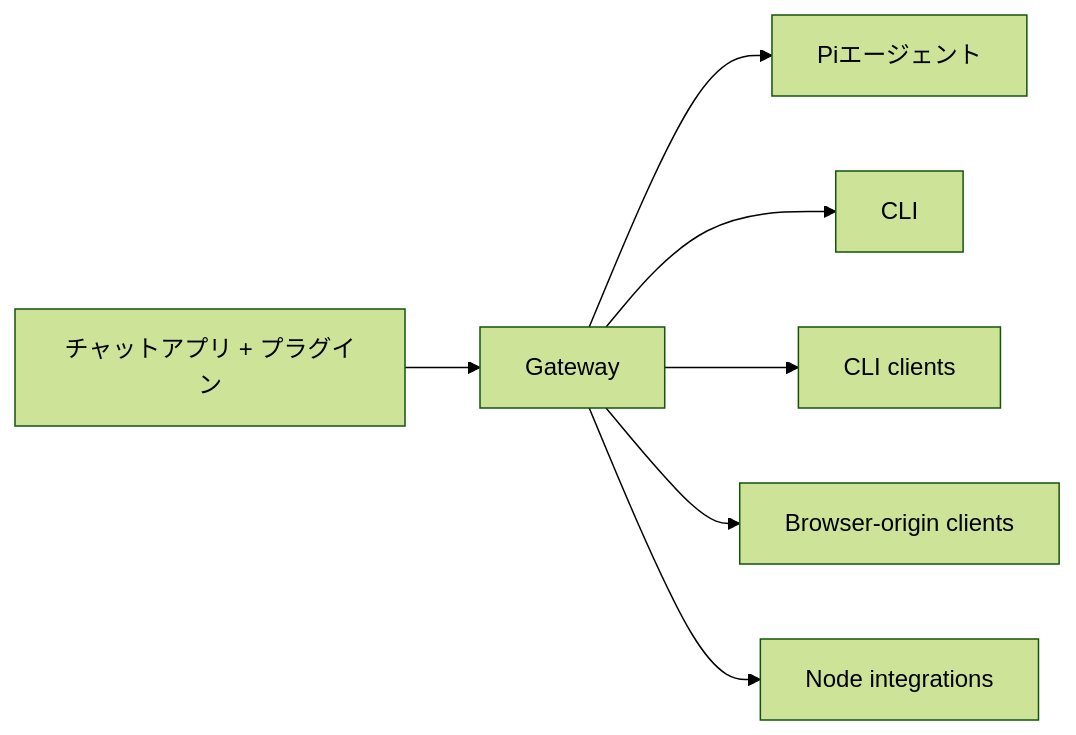
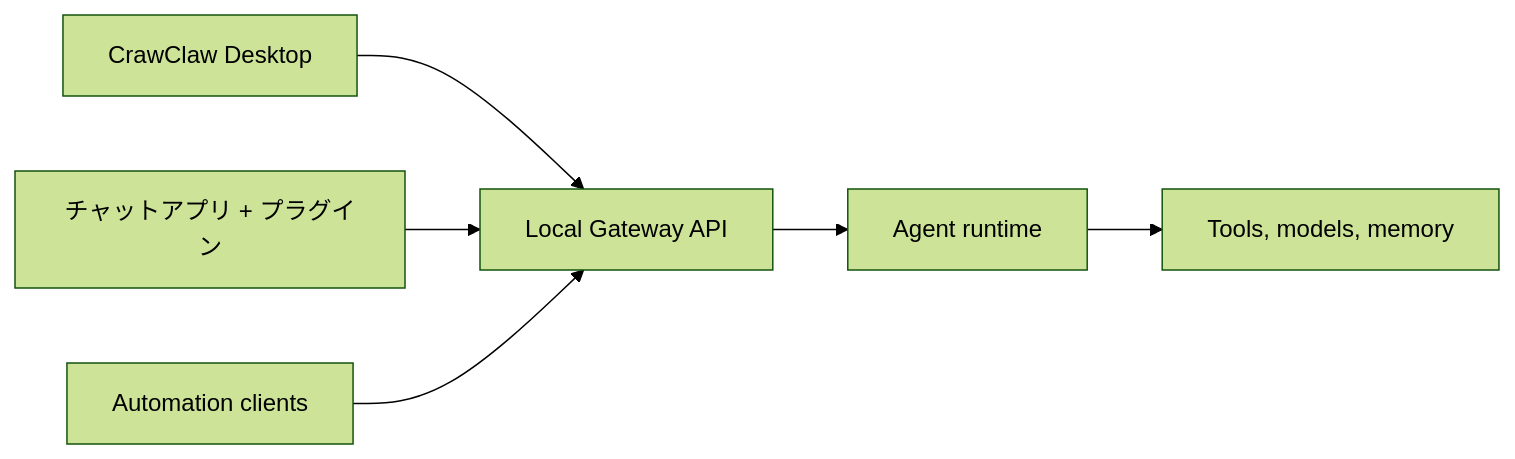
Before and after one commit to qianleigood/crawclaw: the diagram in docs/ja-JP/index.md, drawn with Mermaid (forest theme). The commit also changed other lines of this file and 230 other files, not shown here.

````diff
--- a/docs/ja-JP/index.md
+++ b/docs/ja-JP/index.md
@@ -55,9 +55,8 @@
 ```mermaid
 flowchart LR
-  A["チャットアプリ + プラグイン"] --> B["Gateway"]
-  B --> C["Piエージェント"]
-  B --> D["CLI"]
-  B --> E["CLI clients"]
-  B --> F["Browser-origin clients"]
-  B --> G["Node integrations"]
+  A["CrawClaw Desktop"] --> B["Local Gateway API"]
+  C["チャットアプリ + プラグイン"] --> B
+  D["Automation clients"] --> B
+  B --> E["Agent runtime"]
+  E --> F["Tools, models, memory"]
 ```
````
